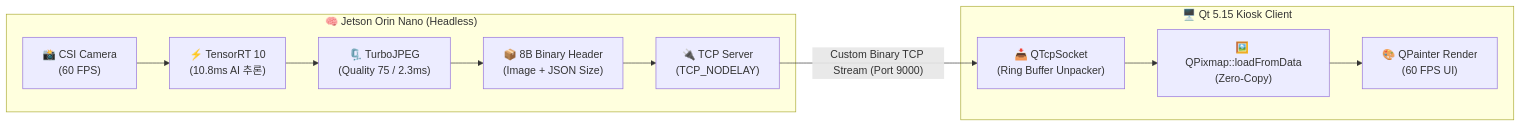
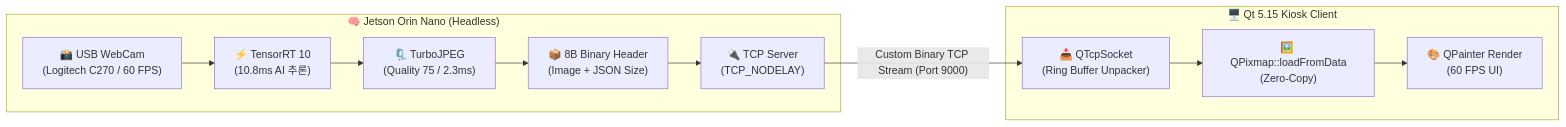
One commit to hckim-dev/smart-recycling-edge-ai changed the diagram in docs/network-streaming.md. Above: the diagram before and after it, drawn with Mermaid. The commit also changed other lines of this file and 9 other files, not shown here.

````diff
--- a/docs/network-streaming.md
+++ b/docs/network-streaming.md
@@ -39,22 +39,22 @@
 ```mermaid
 flowchart LR
     subgraph Jetson["🧠 Jetson Orin Nano (Headless)"]
-        Cam["📸 CSI Camera<br/>(60 FPS)"]
+        Cam["📸 USB WebCam<br/>(Logitech C270 / 60 FPS)"]
         TRT["⚡ TensorRT 10<br/>(10.8ms AI 추론)"]
         JPG["🗜️ TurboJPEG<br/>(Quality 75 / 2.3ms)"]
         Pkt["📦 8B Binary Header<br/>(Image + JSON Size)"]
         Sock["🔌 TCP Server<br/>(TCP_NODELAY)"]
 
         Cam --> TRT --> JPG --> Pkt --> Sock
     end
 
     subgraph Kiosk["🖥️ Qt 5.15 Kiosk Client"]
         NetRecv["📥 QTcpSocket<br/>(Ring Buffer Unpacker)"]
         ImgParser["🖼️ QPixmap::loadFromData<br/>(Zero-Copy)"]
         Renderer["🎨 QPainter Render<br/>(60 FPS UI)"]
 
         NetRecv --> ImgParser --> Renderer
     end
 
     Sock -->|"Custom Binary TCP Stream (Port 9000)"| NetRecv
 ```
````
